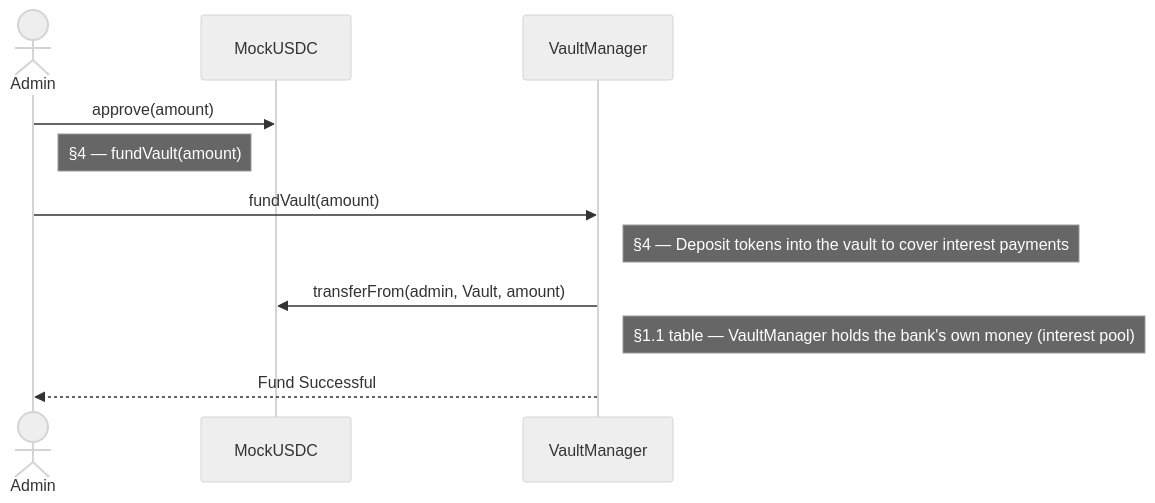
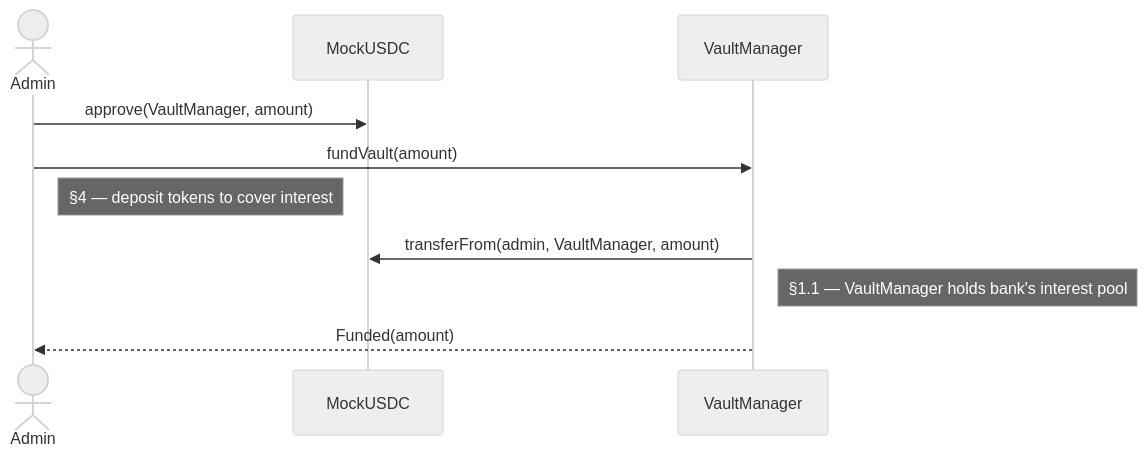
Before and after one commit to yang-sin-pal/AC_BlockChain_Online_Saving: the seventh of 14 diagrams in docs/diagrams/sequence-diagram.md, drawn with Mermaid (neutral theme). The commit also changed other lines of this file and 2 other files, not shown here.

First line of the commit message:
Enhance sequence and use case diagrams for Online Saving System

````diff
--- a/docs/diagrams/sequence-diagram.md
+++ b/docs/diagrams/sequence-diagram.md
@@ -164,17 +185,16 @@
 ```mermaid
 sequenceDiagram
     actor Admin
     participant USDC as MockUSDC
     participant Vault as VaultManager
 
-    Admin->>USDC: approve(amount)
-    Note right of Admin: §4 — fundVault(amount)
+    Admin->>USDC: approve(VaultManager, amount)
 
     Admin->>Vault: fundVault(amount)
-    Note right of Vault: §4 — Deposit tokens into the vault to cover interest payments
+    Note right of Admin: §4 — deposit tokens to cover interest
 
-    Vault->>USDC: transferFrom(admin, Vault, amount)
-    Note right of Vault: §1.1 table — VaultManager holds the bank's own money (interest pool)
+    Vault->>USDC: transferFrom(admin, VaultManager, amount)
+    Note right of Vault: §1.1 — VaultManager holds bank's interest pool
 
-    Vault-->>Admin: Fund Successful
+    Vault-->>Admin: Funded(amount)
 ```
````
